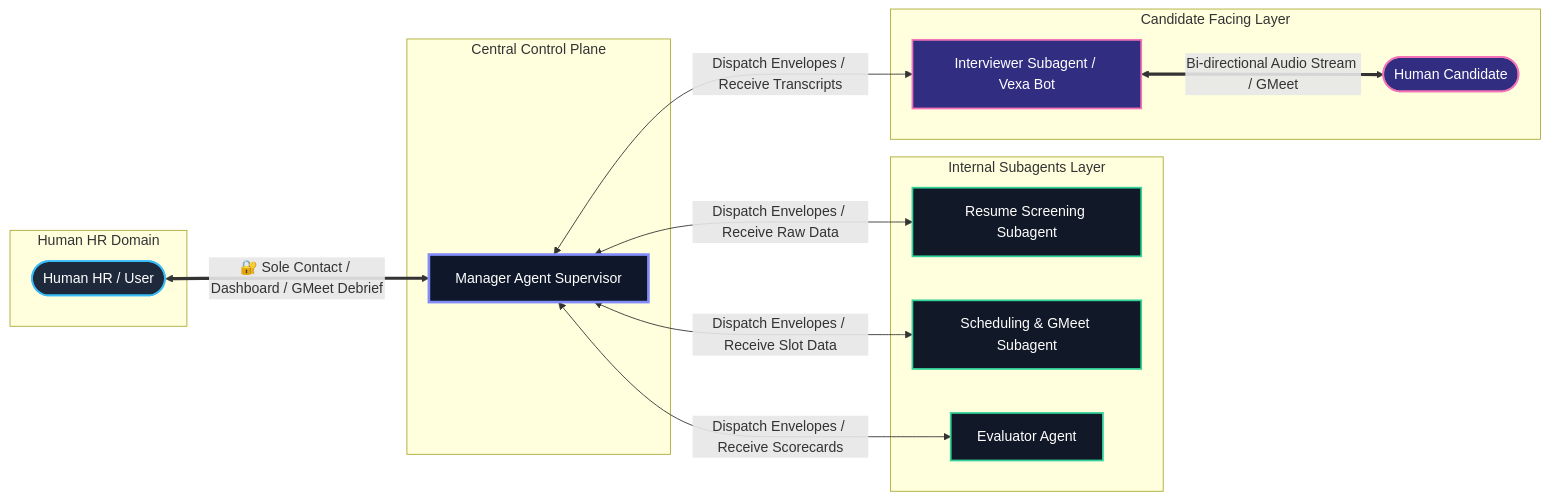
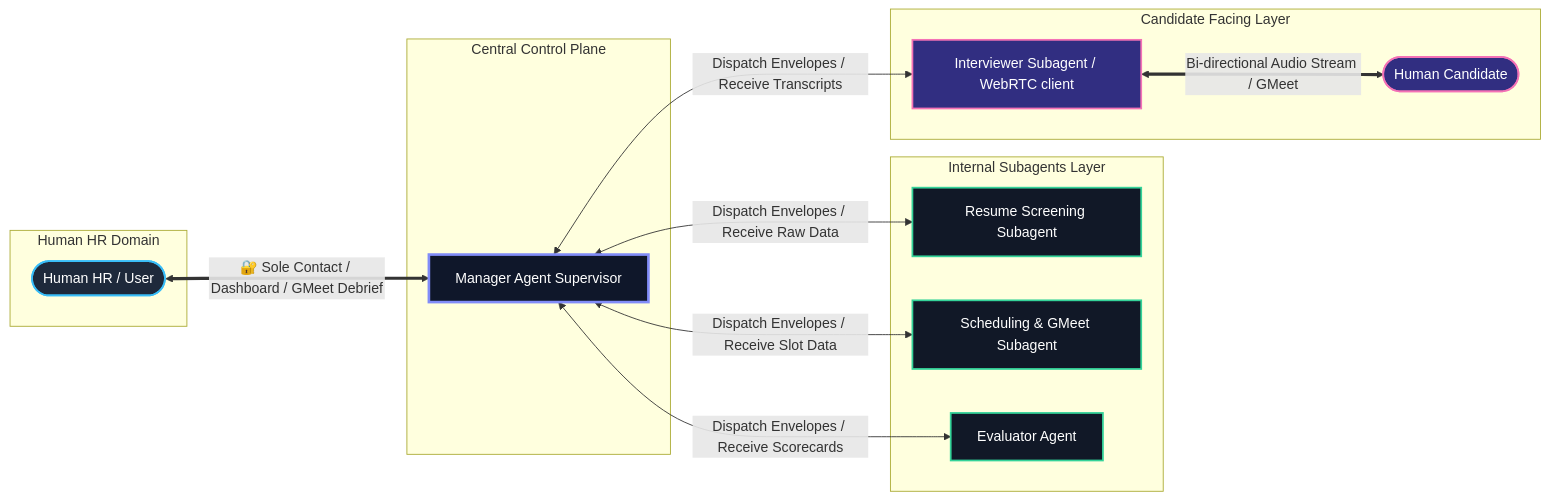
The first of 3 diagrams in HLD.md (VishnuSuryaTejaa/TalentOops), drawn with Mermaid before and after one commit. The commit also changed other lines of this file and 62 other files, not shown here.

````diff
--- a/HLD.md
+++ b/HLD.md
@@ -35,38 +35,38 @@
 ```mermaid
 graph LR
     subgraph Human HR Domain
         HR([Human HR / User])
     end
 
     subgraph Central Control Plane
         Manager[Manager Agent Supervisor]
     end
 
     subgraph Internal Subagents Layer
         Screening[Resume Screening Subagent]
         Scheduling[Scheduling & GMeet Subagent]
         Evaluation[Evaluator Agent]
     end
 
     subgraph Candidate Facing Layer
-        Interviewer[Interviewer Subagent / Vexa Bot]
+        Interviewer[Interviewer Subagent / WebRTC client]
         Candidate([Human Candidate])
     end
 
     HR <==>|🔐 Sole Contact / Dashboard / GMeet Debrief| Manager
     Manager <-->|Dispatch Envelopes / Receive Raw Data| Screening
     Manager <-->|Dispatch Envelopes / Receive Slot Data| Scheduling
     Manager <-->|Dispatch Envelopes / Receive Transcripts| Interviewer
     Manager <-->|Dispatch Envelopes / Receive Scorecards| Evaluation
     Interviewer <==>|Bi-directional Audio Stream / GMeet| Candidate
 
     classDef hrFill fill:#1E293B,stroke:#38BDF8,stroke-width:2px,color:#fff;
     classDef mgrFill fill:#0F172A,stroke:#818CF8,stroke-width:3px,color:#fff;
     classDef subFill fill:#111827,stroke:#34D399,stroke-width:2px,color:#fff;
     classDef candFill fill:#312E81,stroke:#F472B6,stroke-width:2px,color:#fff;
 
     class HR hrFill;
     class Manager mgrFill;
     class Screening,Scheduling,Evaluation subFill;
     class Interviewer,Candidate candFill;
 ```
````
